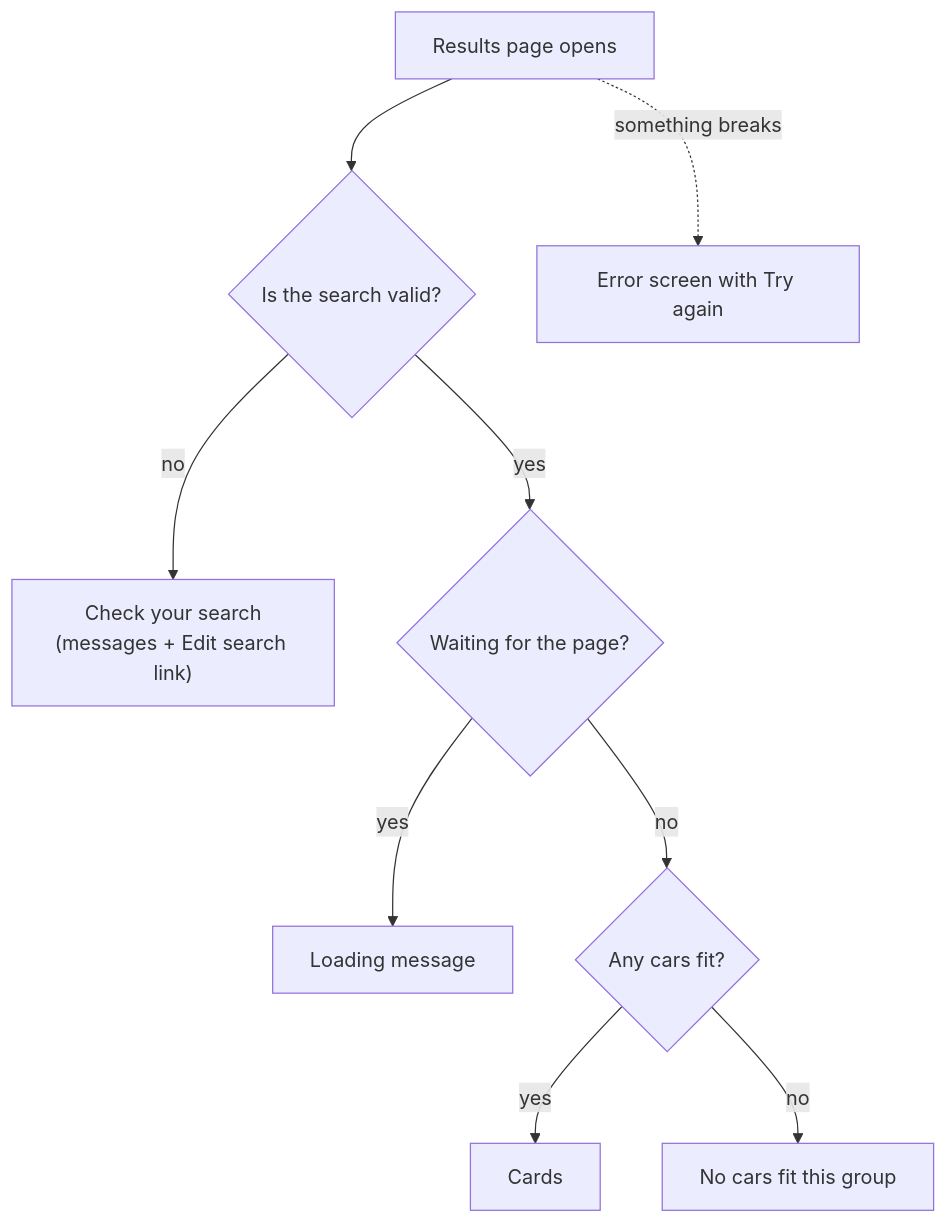
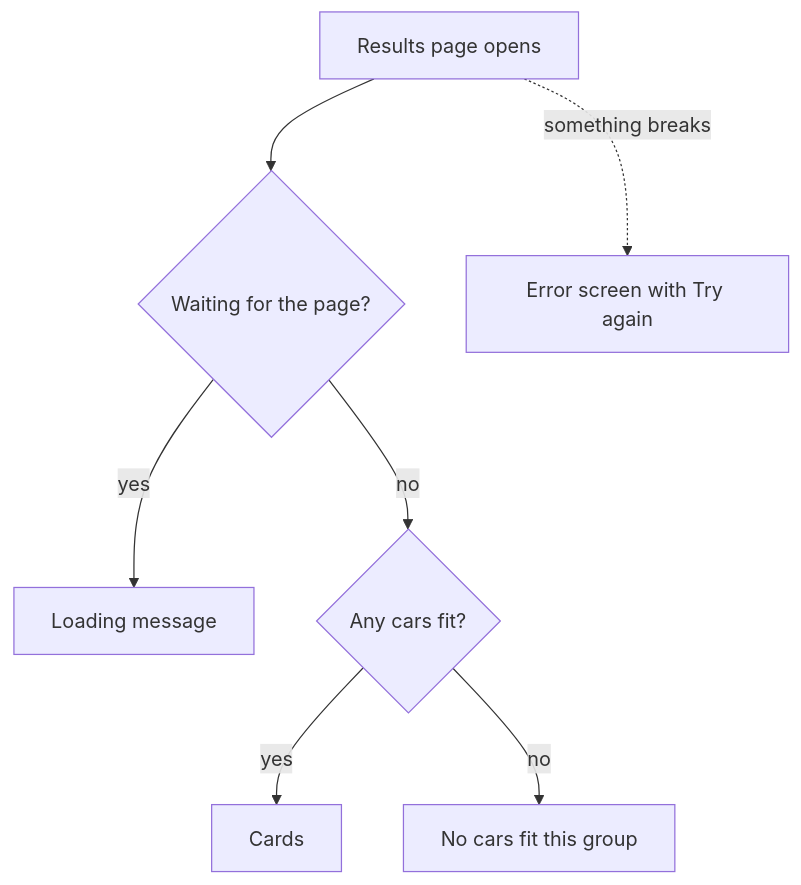
Before and after one commit to pratulsharma/intercitytaxicab: the diagram in day-12.md, drawn with Mermaid. The commit also changed other lines of this file and 7 other files, not shown here.

````diff
--- a/day-12.md
+++ b/day-12.md
@@ -25,11 +25,9 @@
 ```mermaid
 flowchart TD
-  A[Results page opens] --> B{Is the search valid?}
-  B -->|no| C["Check your search<br/>(messages + Edit search link)"]
-  B -->|yes| D{Waiting for the page?}
+  A[Results page opens] --> D{Waiting for the page?}
   D -->|yes| L["Loading message"]
   D -->|no| E{Any cars fit?}
   E -->|yes| F["Cards"]
   E -->|no| G["No cars fit this group"]
   A -.->|something breaks| H["Error screen with Try again"]
 ```
````
